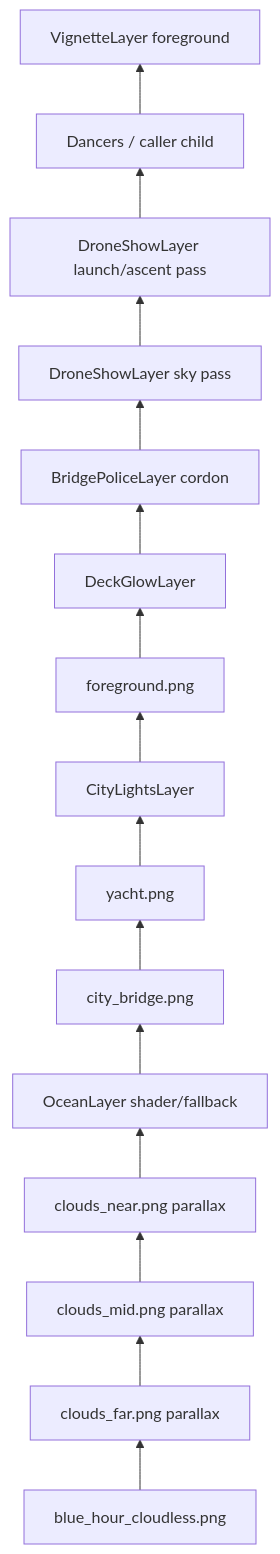
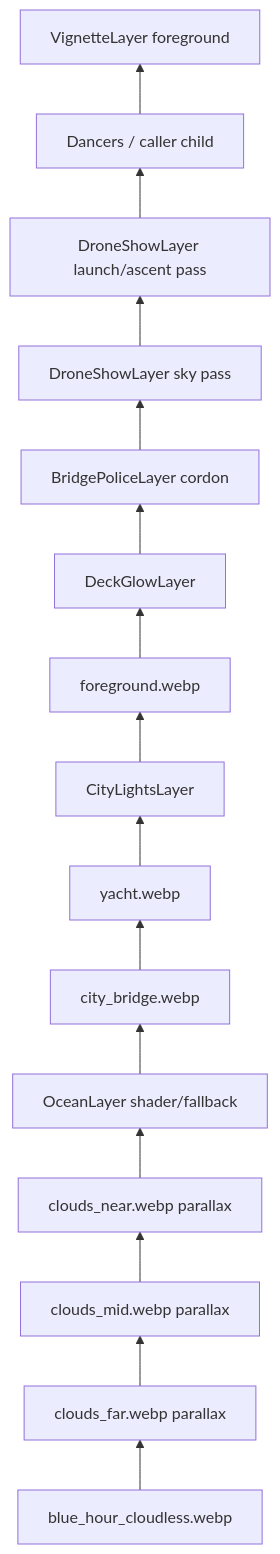
The second of 4 diagrams in lib/features/scenery/README.md (matthiasn/lotti), drawn with Mermaid before and after one commit. The commit also changed other lines of this file and 40 other files, not shown here.

````diff
--- a/lib/features/scenery/README.md
+++ b/lib/features/scenery/README.md
@@ -48,20 +48,20 @@
 ```mermaid
 flowchart BT
   child[Dancers / caller child]
   vignette[VignetteLayer foreground]
   glow[DeckGlowLayer]
-  fg[foreground.png]
+  fg[foreground.webp]
   lights[CityLightsLayer]
   police[BridgePoliceLayer cordon]
   launchDrones[DroneShowLayer launch/ascent pass]
   skyDrones[DroneShowLayer sky pass]
-  yacht[yacht.png]
-  city[city_bridge.png]
+  yacht[yacht.webp]
+  city[city_bridge.webp]
   ocean[OceanLayer shader/fallback]
-  near[clouds_near.png parallax]
-  mid[clouds_mid.png parallax]
-  far[clouds_far.png parallax]
-  base[blue_hour_cloudless.png]
+  near[clouds_near.webp parallax]
+  mid[clouds_mid.webp parallax]
+  far[clouds_far.webp parallax]
+  base[blue_hour_cloudless.webp]
 
   base --> far --> mid --> near --> ocean --> city --> yacht --> lights --> fg --> glow --> police --> skyDrones --> launchDrones --> child --> vignette
 ```
````
